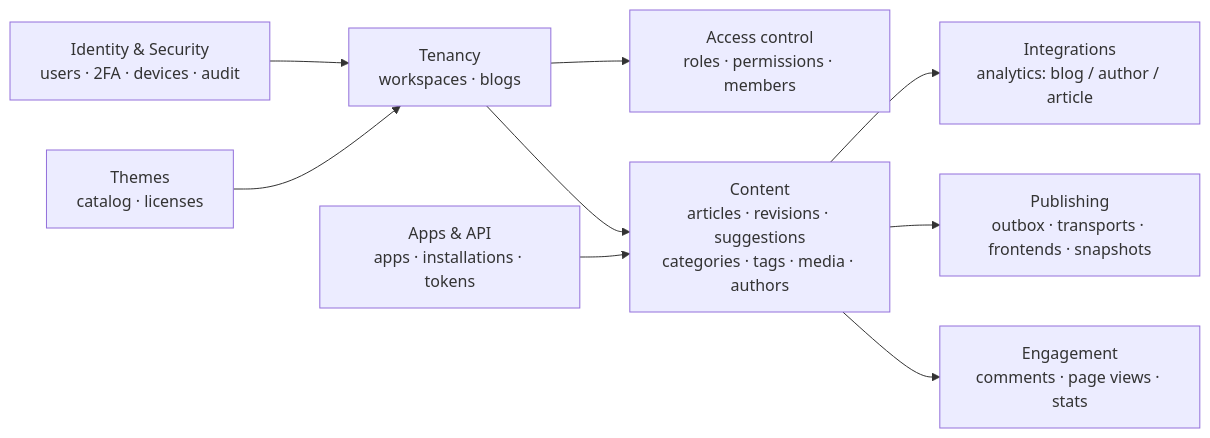
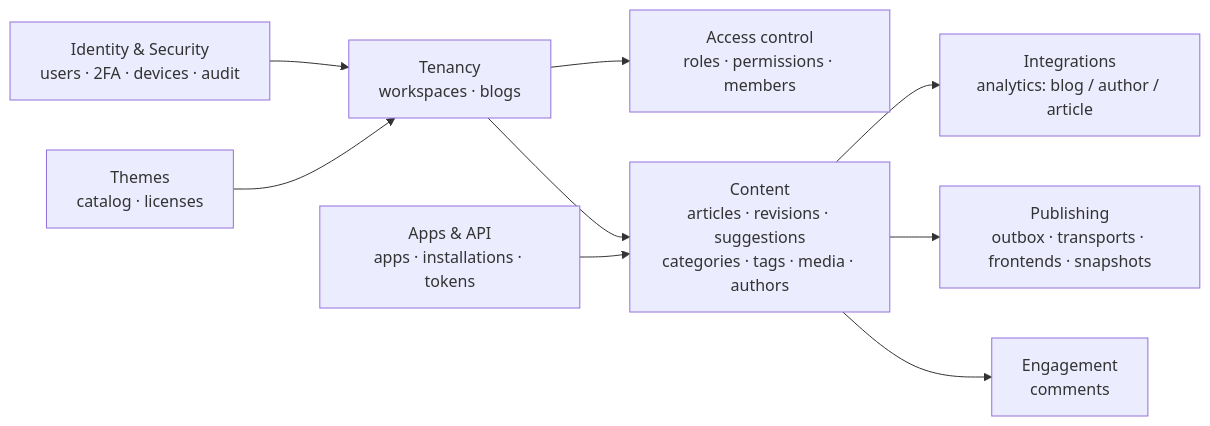
One commit to andmarruda/sbblog changed the first of 9 diagrams in docs/v2/erd.md. Above: the diagram before and after it, drawn with Mermaid. The commit also changed other lines of this file and 9 other files, not shown here.

````diff
--- a/docs/v2/erd.md
+++ b/docs/v2/erd.md
@@ -24,20 +26,20 @@
 ```mermaid
 flowchart LR
   ID[Identity & Security<br/>users · 2FA · devices · audit]
   TEN[Tenancy<br/>workspaces · blogs]
   ACL[Access control<br/>roles · permissions · members]
   CON[Content<br/>articles · revisions · suggestions<br/>categories · tags · media · authors]
   INT[Integrations<br/>analytics: blog / author / article]
   PUB[Publishing<br/>outbox · transports · frontends · snapshots]
   APP[Apps & API<br/>apps · installations · tokens]
-  ENG[Engagement<br/>comments · page views · stats]
+  ENG[Engagement<br/>comments]
   THM[Themes<br/>catalog · licenses]
 
   ID --> TEN --> ACL
   TEN --> CON
   CON --> INT
   CON --> PUB
   CON --> ENG
   APP --> CON
   THM --> TEN
 ```
````
